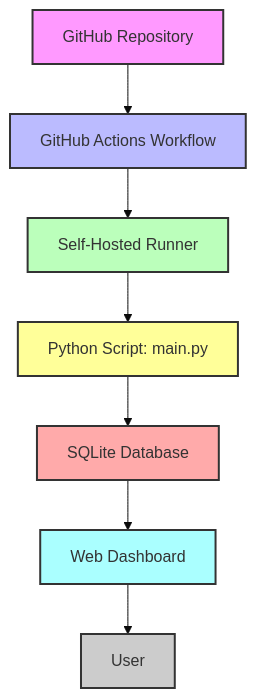
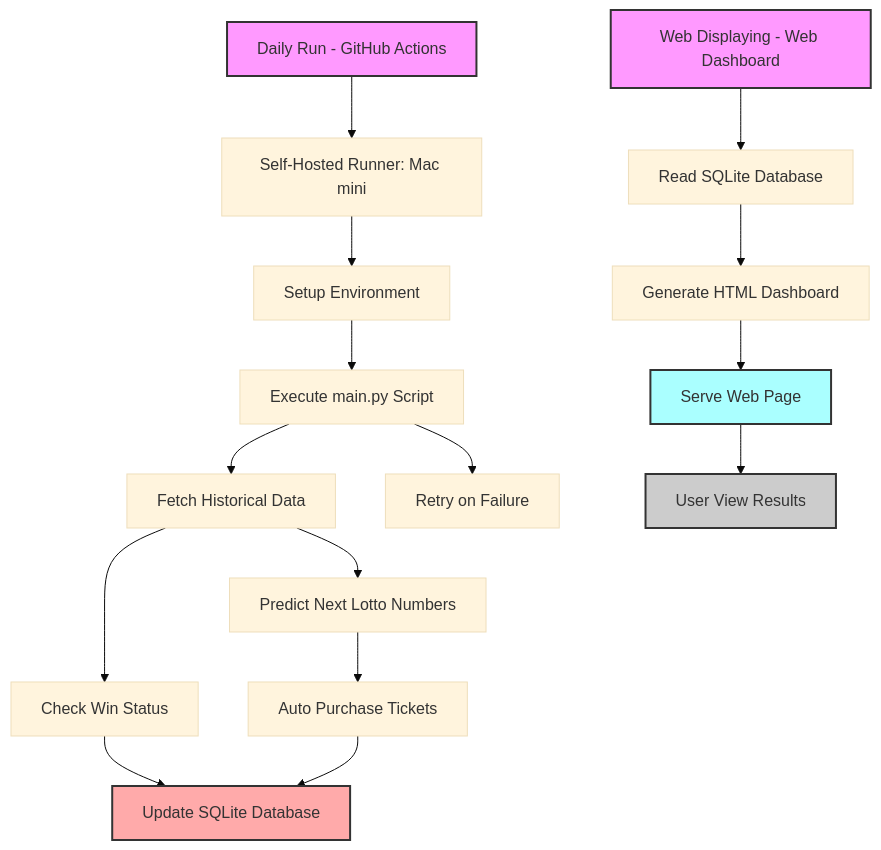
Before and after one commit to L1nwatch/auto_market: the diagram in readme.md, drawn with Mermaid (base theme).

Commit message:
[2024-12-17] fix readme bug

````diff
--- a/readme.md
+++ b/readme.md
@@ -1,17 +1,32 @@
 ```mermaid
 flowchart TD
-    A[GitHub Repository] --> B[GitHub Actions Workflow]
-    B --> C[Self-Hosted Runner]
-    C --> D[Python Script: main.py]
-    D --> E[SQLite Database]
-    E --> F[Web Dashboard]
-    F --> G[User]
+    %% Root 1: Daily Run
+    A[Daily Run - GitHub Actions] --> B[Self-Hosted Runner: Mac mini]
+    B --> C[Setup Environment]
+    C --> E[Execute main.py Script]
+    E --> F[Fetch Historical Data]
+    F --> G[Predict Next Lotto Numbers]
+    G --> D[Auto Purchase Tickets]
+    I --> H[Update SQLite Database]
+    F --> I[Check Win Status]
+    D --> H
 
+    %% Additional Connections
+    %% H --> K  
+    %% Database shared between Daily Run and Web Display
+    %% Failure Handling
+    E --> R[Retry on Failure]   
+    
+    %% Root 2: Web Displaying
+    Z[Web Displaying - Web Dashboard] --> K[Read SQLite Database]
+    K --> L[Generate HTML Dashboard]
+    L --> M[Serve Web Page]
+    M --> N[User View Results]
+
+    %% Styling
     style A fill:#f9f,stroke:#333,stroke-width:2px
-    style B fill:#bbf,stroke:#333,stroke-width:2px
-    style C fill:#bfb,stroke:#333,stroke-width:2px
-    style D fill:#ff9,stroke:#333,stroke-width:2px
-    style E fill:#faa,stroke:#333,stroke-width:2px
-    style F fill:#aff,stroke:#333,stroke-width:2px
-    style G fill:#ccc,stroke:#333,stroke-width:2px
+    style Z fill:#f9f,stroke:#333,stroke-width:2px
+    style H fill:#faa,stroke:#333,stroke-width:2px
+    style M fill:#aff,stroke:#333,stroke-width:2px
+    style N fill:#ccc,stroke:#333,stroke-width:2px
 ```
````
